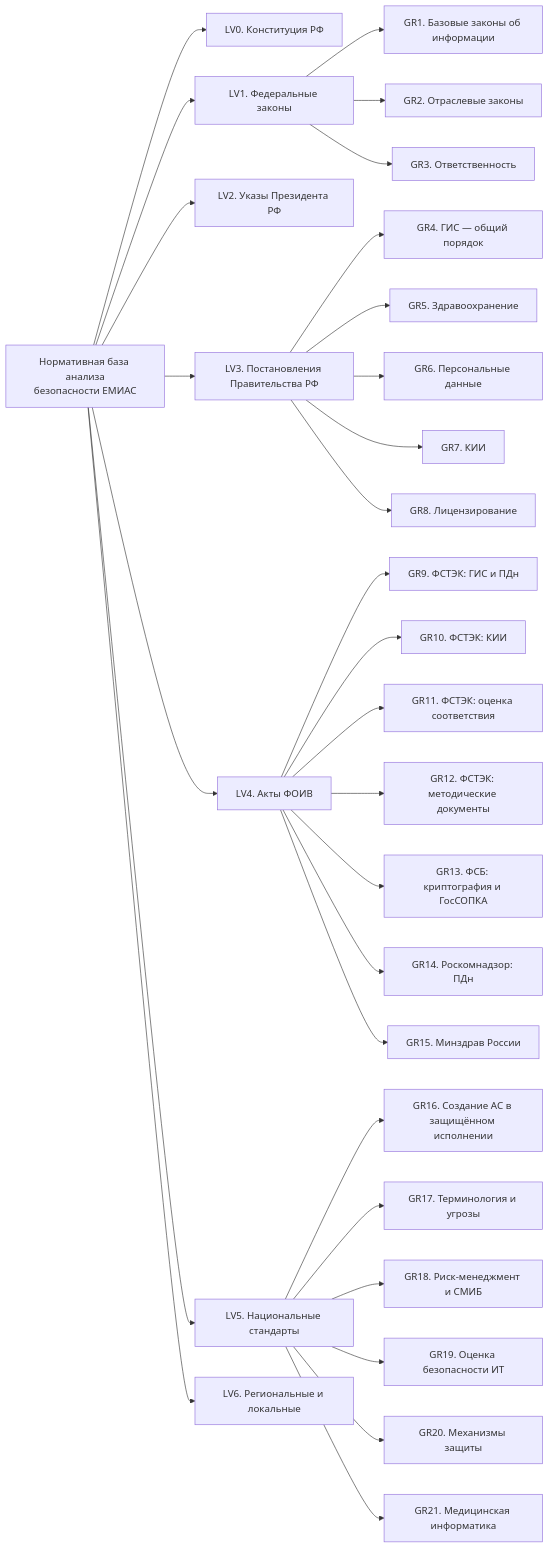
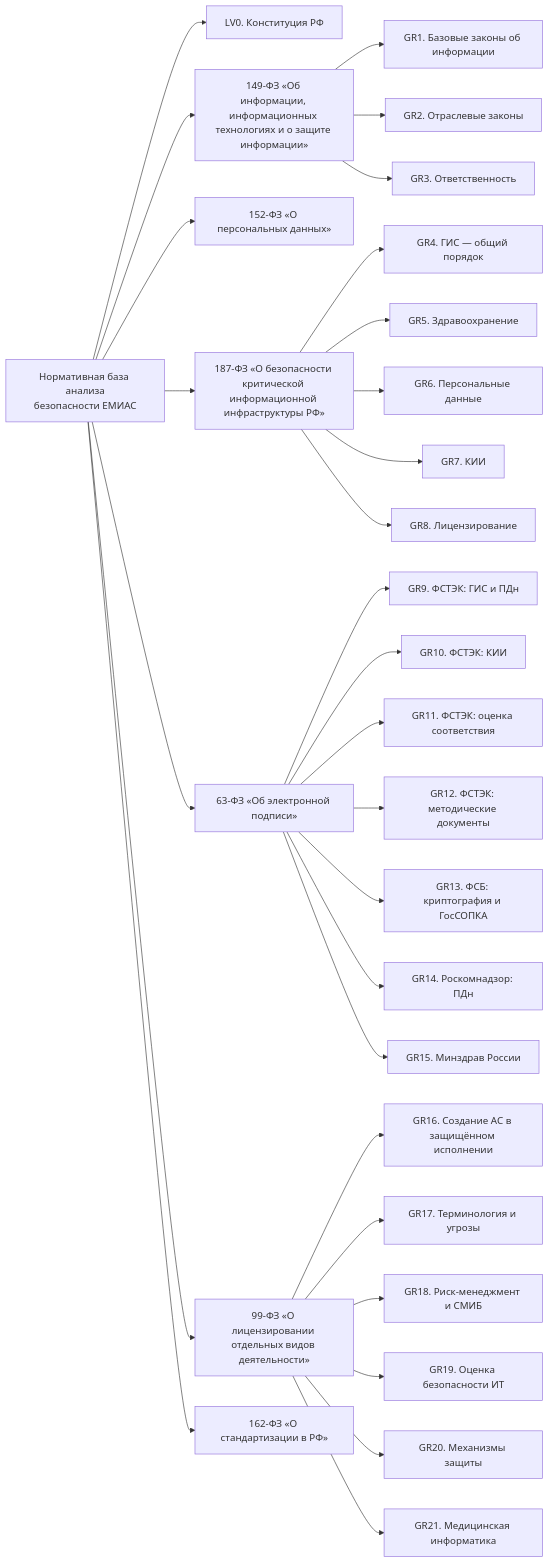
Before and after one commit to kostya1962/Security-Analysis-of-Automated-Systems-SAAS-: the diagram in README.md, drawn with Mermaid.

````diff
--- a/README.md
+++ b/README.md
@@ -224,44 +224,44 @@
 ```mermaid
 flowchart LR
     ROOT["Нормативная база анализа<br>безопасности ЕМИАС"]
     ROOT --> LV0["LV0. Конституция РФ"]
-    ROOT --> LV1["LV1. Федеральные законы"]
-    ROOT --> LV2["LV2. Указы Президента РФ"]
-    ROOT --> LV3["LV3. Постановления Правительства РФ"]
-    ROOT --> LV4["LV4. Акты ФОИВ"]
-    ROOT --> LV5["LV5. Национальные стандарты"]
-    ROOT --> LV6["LV6. Региональные и локальные"]
+    ROOT --> LV1["149-ФЗ «Об информации, информационных технологиях и о защите информации»"]
+    ROOT --> LV2["152-ФЗ «О персональных данных»"]
+    ROOT --> LV3["187-ФЗ «О безопасности критической информационной инфраструктуры РФ»"]
+    ROOT --> LV4["63-ФЗ «Об электронной подписи»"]
+    ROOT --> LV5["99-ФЗ «О лицензировании отдельных видов деятельности»"]
+    ROOT --> LV6["162-ФЗ «О стандартизации в РФ»"]
  
     LV1 --> GR1["GR1. Базовые законы об информации"]
     LV1 --> GR2["GR2. Отраслевые законы"]
     LV1 --> GR3["GR3. Ответственность"]
  
     LV3 --> GR4["GR4. ГИС — общий порядок"]
     LV3 --> GR5["GR5. Здравоохранение"]
     LV3 --> GR6["GR6. Персональные данные"]
     LV3 --> GR7["GR7. КИИ"]
     LV3 --> GR8["GR8. Лицензирование"]
  
     LV4 --> GR9["GR9. ФСТЭК: ГИС и ПДн"]
     LV4 --> GR10["GR10. ФСТЭК: КИИ"]
     LV4 --> GR11["GR11. ФСТЭК: оценка соответствия"]
     LV4 --> GR12["GR12. ФСТЭК: методические документы"]
     LV4 --> GR13["GR13. ФСБ: криптография и ГосСОПКА"]
     LV4 --> GR14["GR14. Роскомнадзор: ПДн"]
     LV4 --> GR15["GR15. Минздрав России"]
  
     LV5 --> GR16["GR16. Создание АС в защищённом исполнении"]
     LV5 --> GR17["GR17. Терминология и угрозы"]
     LV5 --> GR18["GR18. Риск-менеджмент и СМИБ"]
     LV5 --> GR19["GR19. Оценка безопасности ИТ"]
     LV5 --> GR20["GR20. Механизмы защиты"]
     LV5 --> GR21["GR21. Медицинская информатика"]
  
     click LV0 "#lv0"
     click LV1 "#lv1"
     click LV2 "#lv2"
     click LV3 "#lv3"
     click LV4 "#lv4"
     click LV5 "#lv5"
     click LV6 "#lv6"
 ```
````
